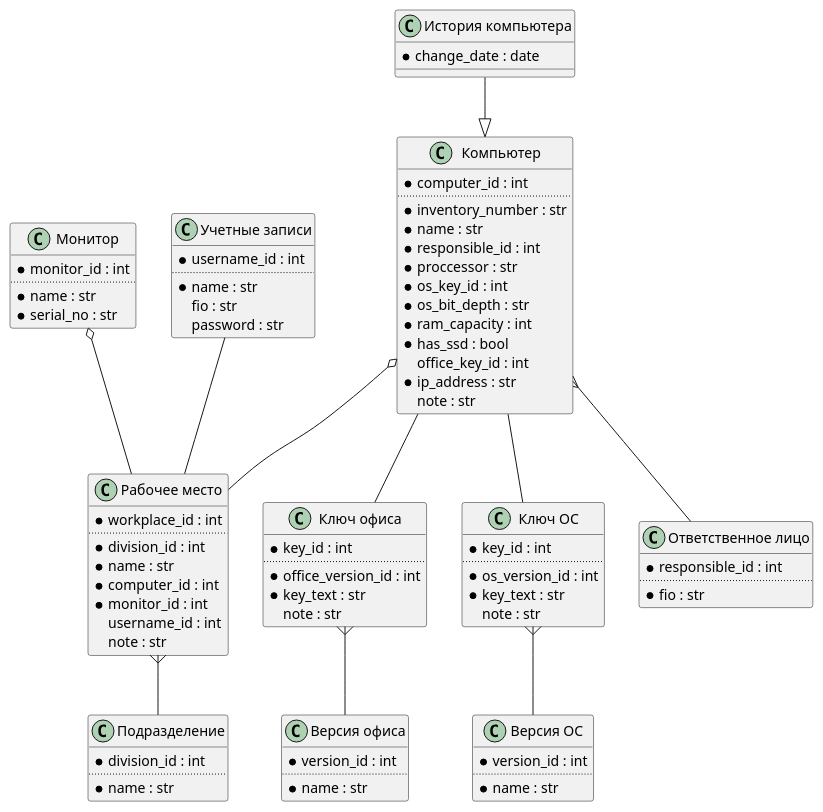
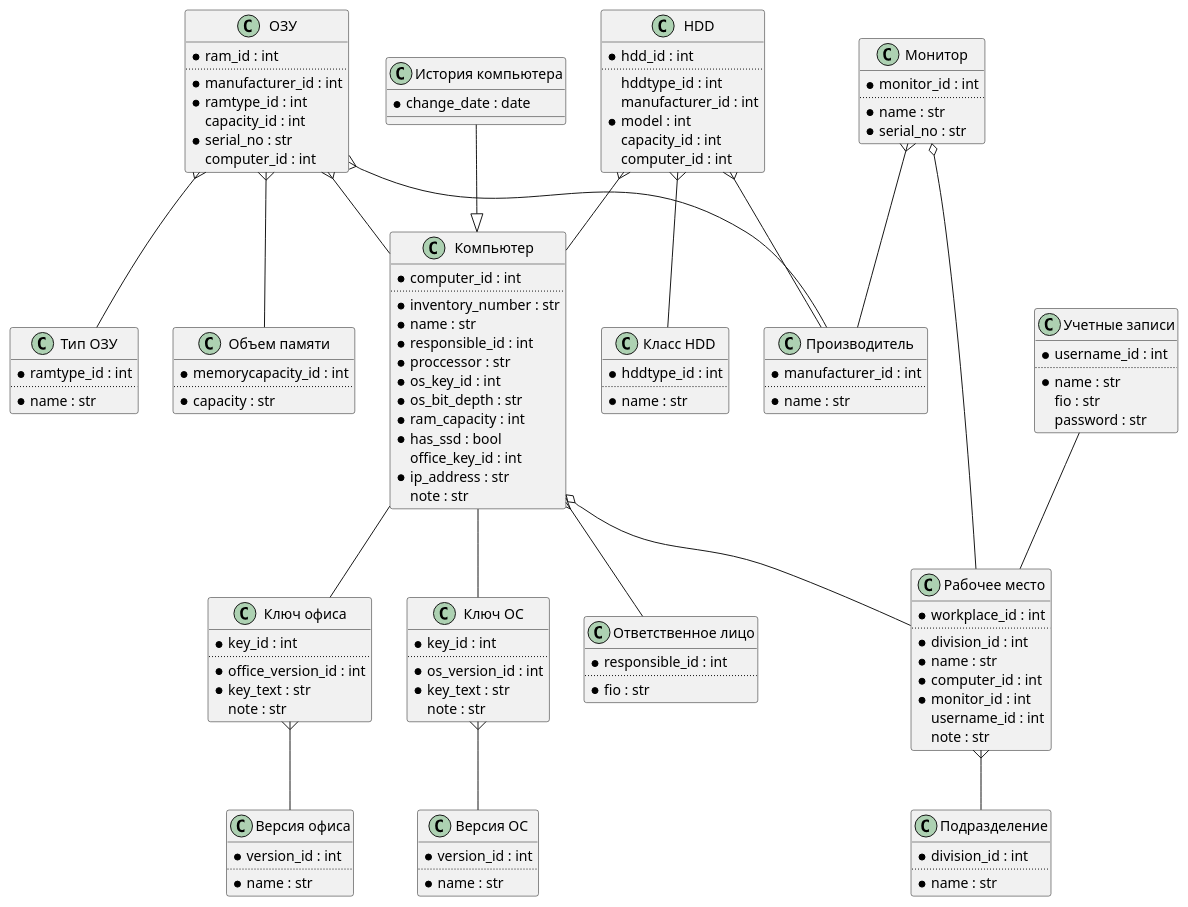
One commit to IamEvrik/ipce changed the diagram in database.plantuml. Above: the diagram before and after it, drawn with PlantUML. The commit also changed 5 other files, not shown here.

```diff
--- a/database.plantuml
+++ b/database.plantuml
@@ -1,100 +1,153 @@
 @startuml
 
 class "Версия офиса" as OfficeVersion {
 	{field} *version_id : int
 	..
 	{field} *name : str
 }
 
 class "Ключ офиса" as OfficeKey {
 	{field} *key_id : int
 	..
 	{field} *office_version_id : int
 	{field} *key_text : str
 	{field} note : str
 }
 
 class "Версия ОС" as OSVersion {
 	{field} *version_id : int
 	..
 	{field} *name : str
 }
 
 class "Ключ ОС" as OSKey {
 	{field} *key_id : int
 	..
 	{field} *os_version_id : int
 	{field} *key_text : str
 	{field} note : str
 }
 
 class "Подразделение" as Division {
 	{field} *division_id : int
 	..
 	{field} *name : str
 }
 
 class "Рабочее место" as WorkPlace {
 	{field} *workplace_id : int
 	..
 	{field} *division_id : int
 	{field} *name : str
 	{field} *computer_id : int
 	{field} *monitor_id : int
 	{field} username_id : int
 	{field} note : str
 } 
 
 class "Компьютер" as Computer {
 	{field} *computer_id : int
 	..
 	{field} *inventory_number : str
 	{field} *name : str
 	{field} *responsible_id : int
 	{field} *proccessor : str
 	{field} *os_key_id : int
 	{field} *os_bit_depth : str
 	{field} *ram_capacity : int
 	{field} *has_ssd : bool
 	{field} office_key_id : int
 	{field} *ip_address : str
 	{field} note : str
 }	
 
 class "История компьютера" as ComputerHistory {
 	{field} *change_date : date
 }
 
 class "Монитор" as Monitor {
 	{field} *monitor_id : int
 	..
 	{field} *name : str
 	{field} *serial_no : str
 }
 
 class "Учетные записи" as UserName {
 	{field} *username_id : int
 	..
 	{field} *name : str
 	{field} fio : str
 	{field} password : str
 }
 
 class "Ответственное лицо" as Responsible {
 	{field} *responsible_id : int
 	..
 	{field} *fio : str
 } 
 		
+class "Производитель" as Manufacturer {
+	{field} *manufacturer_id : int
+	..
+	{field} *name : str
+}
+
+class "Тип ОЗУ" as RAMType {
+	{field} *ramtype_id : int
+	..
+	{field} *name : str
+}
+
+class "Объем памяти" as MemoryCapacity {
+	{field} *memorycapacity_id : int
+	..
+	{field} *capacity : str	
+}
+
+class "ОЗУ" as RAM {
+	{field} *ram_id : int
+	..
+	{field} *manufacturer_id : int
+	{field} *ramtype_id : int
+	{field} capacity_id : int
+	{field} *serial_no : str
+	{field} computer_id : int
+}
+
+class "Класс HDD" as HDDType {
+	{field} *hddtype_id : int
+	..
+	{field} *name : str
+}
+
+class "HDD" as HDD {
+	{field} *hdd_id : int
+	..
+	{field} hddtype_id : int
+	{field} manufacturer_id : int
+	{field} *model : int
+	{field} capacity_id : int
+	{field} computer_id : int
+}
+
+
 OfficeKey }-- OfficeVersion
 OSKey }-- OSVersion
 WorkPlace }-- Division	
 Computer -- OSKey
 Computer -- OfficeKey
 Computer o-- WorkPlace	
 Computer }-- Responsible
 ComputerHistory --|> Computer
 Monitor o-- WorkPlace
+Monitor }-- Manufacturer
 UserName -- WorkPlace
+RAM }-- RAMType
+RAM }-- MemoryCapacity
+RAM }-- Manufacturer
+RAM }-- Computer
+HDD }-- HDDType
+HDD }-- Computer	
+HDD }-- Manufacturer
 
 @enduml
```
